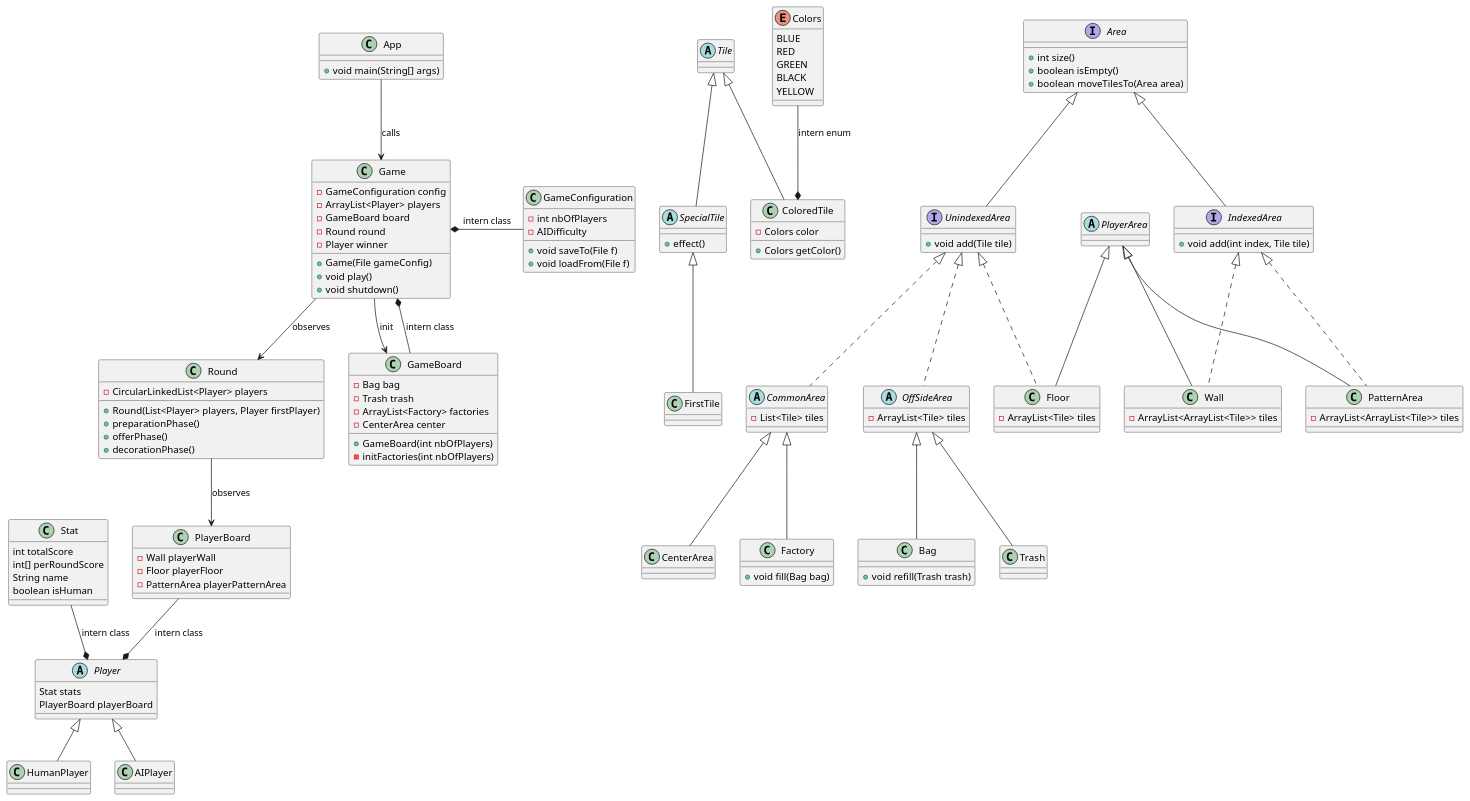
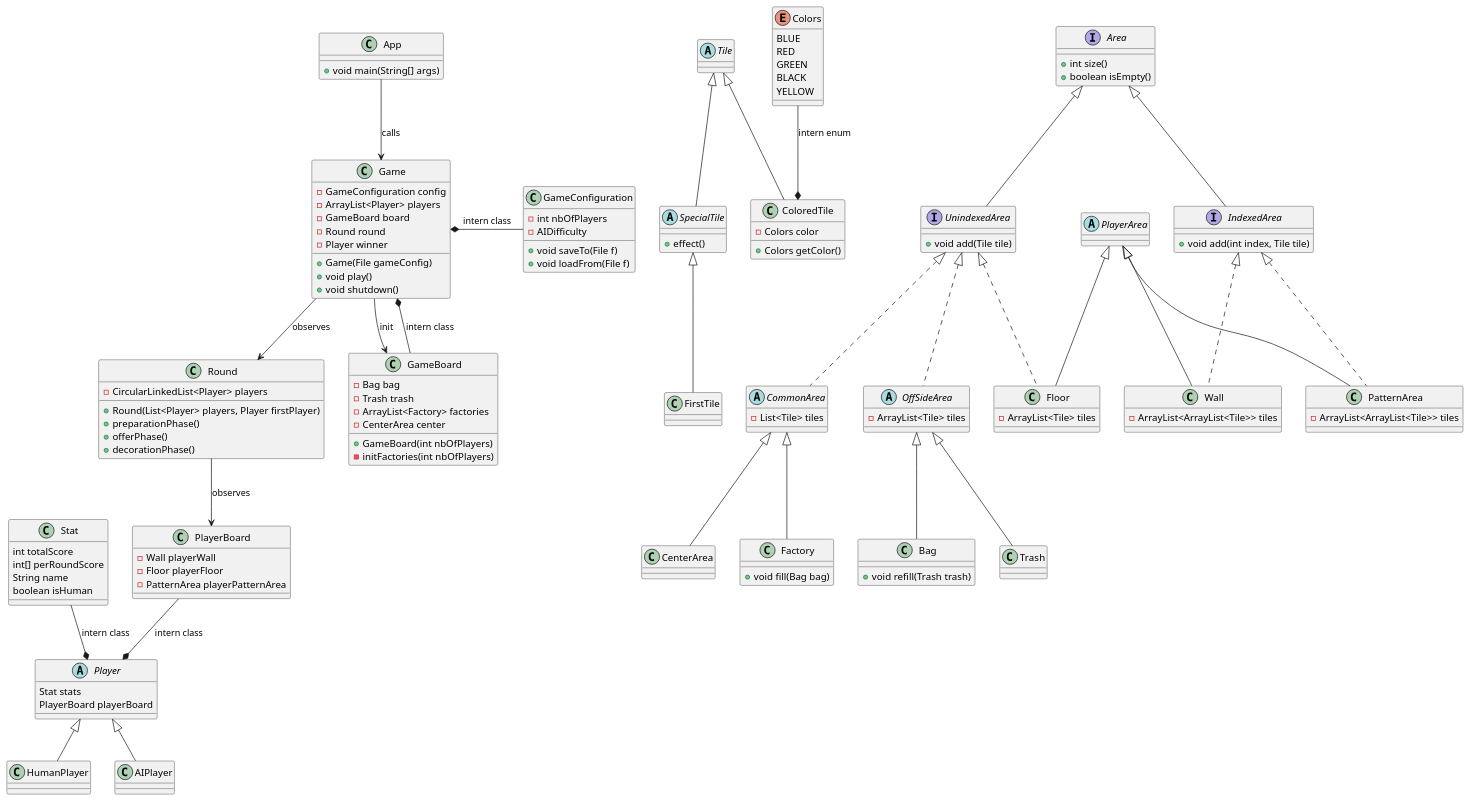
Before and after one commit to nsouff/Azul: the diagram in proj.puml, drawn with PlantUML. The commit also changed 1 other file, not shown here.

Commit message:
Delete moveTilesTo() in diagram

```diff
--- a/proj.puml
+++ b/proj.puml
@@ -1,164 +1,163 @@
 @startuml
 
 Abstract class Tile {
 }
 
 
 Tile <|-- SpecialTile
 abstract class SpecialTile {
 	+effect()
 }
 
 Tile <|-- ColoredTile
 class ColoredTile {
 	-Colors color
 	+Colors getColor()
 }
 
 SpecialTile <|-- FirstTile
 class FirstTile
 
 Colors --* ColoredTile : "intern enum"
 enum Colors {
 	BLUE
 	RED
 	GREEN
 	BLACK
 	YELLOW
 }
 
 
 interface Area {
 	+int size()
 	+boolean isEmpty()
-	+boolean moveTilesTo(Area area)
 }
 Area <|-- UnindexedArea
 interface UnindexedArea {
 	+void add(Tile tile)
 }
 
 Area <|-- IndexedArea
 interface IndexedArea {
 	+void add(int index, Tile tile)
 }
 
 UnindexedArea <|.. OffSideArea
 abstract class OffSideArea {
 	-ArrayList<Tile> tiles
 }
 
 OffSideArea <|-- Bag
 class Bag {
 	+void refill(Trash trash)
 }
 
 OffSideArea <|-- Trash
 class Trash {
 
 }
 UnindexedArea <|.. CommonArea
 abstract class CommonArea {
 	- List<Tile> tiles
 }
 CommonArea <|-- CenterArea
 CommonArea <|-- Factory
 class Factory {
 	+void fill(Bag bag)
 }
 
 abstract class PlayerArea
 
 IndexedArea <|.. Wall
 PlayerArea <|-- Wall
 class Wall {
 	-ArrayList<ArrayList<Tile>> tiles
 }
 
 UnindexedArea <|.. Floor
 PlayerArea <|-- Floor
 class Floor {
 	-ArrayList<Tile> tiles
 }
 
 IndexedArea <|.. PatternArea
 PlayerArea <|-- PatternArea
 class PatternArea{
 	-ArrayList<ArrayList<Tile>> tiles
 }
 
 abstract class Player {
 	Stat stats
 	PlayerBoard playerBoard
 }
 
 Stat  --* Player : "intern class"
 class Stat {
 	int totalScore
 	int[] perRoundScore
 	String name
 	boolean isHuman
 }
 
 Player <|-- HumanPlayer
 Player <|-- AIPlayer
 
 
 class PlayerBoard
 PlayerBoard --* Player : "intern class"
 
 
 GameConfiguration -left-* Game : "intern class"
 class GameConfiguration {
 	-int nbOfPlayers
 	-AIDifficulty
 	+void saveTo(File f)
 	+void loadFrom(File f)
 }
 
 Game --> Round : "observes"
 class Game {
 	-GameConfiguration config
 	-ArrayList<Player> players
 	-GameBoard board
 	-Round round
 	-Player winner
 	+Game(File gameConfig)
 	+void play()
 	+void shutdown()
 }
 
 Game --> GameBoard : "init"
 GameBoard --* Game : "intern class"
 class GameBoard {
 	-Bag bag
 	-Trash trash
 	-ArrayList<Factory> factories
 	-CenterArea center
 	+GameBoard(int nbOfPlayers)
 	-initFactories(int nbOfPlayers)
 }
 
 Round --> PlayerBoard : "observes"
 class PlayerBoard {
 	-Wall playerWall
 	-Floor playerFloor
 	-PatternArea playerPatternArea
 }
 
 class Round {
 	-CircularLinkedList<Player> players
 	+Round(List<Player> players, Player firstPlayer)
 	+preparationPhase()
 	+offerPhase()
 	+decorationPhase()
 }
 
 
 App --> Game : "calls"
 class App {
 	+void main(String[] args)
 }
 
 
 @enduml
```
